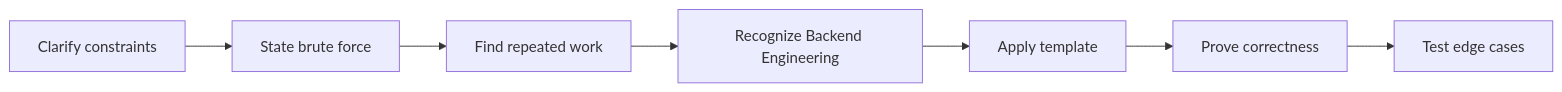
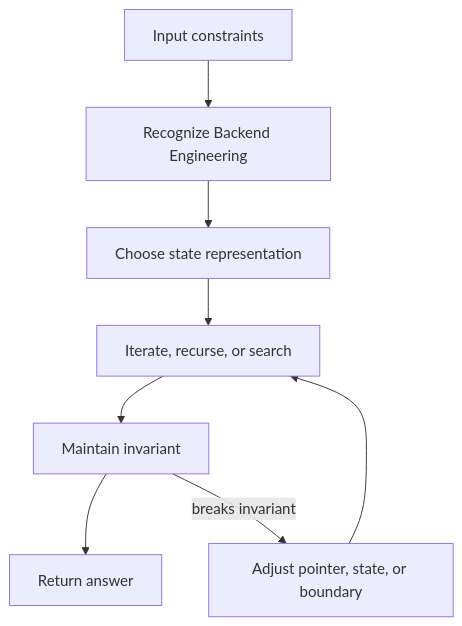
The second of 2 diagrams in coding-round/company-tracks/backend-engineering/index.md (abstractinterviews/abstractinterviews.github.io), drawn with Mermaid before and after one commit. The commit also changed other lines of this file and 278 other files, not shown here.

````diff
--- a/coding-round/company-tracks/backend-engineering/index.md
+++ b/coding-round/company-tracks/backend-engineering/index.md
@@ -123,9 +121,10 @@
-~~~mermaid
-flowchart LR
-    A["Clarify constraints"] --> B["State brute force"]
-    B --> C["Find repeated work"]
-    C --> D["Recognize Backend Engineering"]
-    D --> E["Apply template"]
-    E --> F["Prove correctness"]
-    F --> G["Test edge cases"]
-~~~
+```mermaid
+flowchart TD
+    Input["Input constraints"] --> Pattern["Recognize Backend Engineering"]
+    Pattern --> State["Choose state representation"]
+    State --> Iterate["Iterate, recurse, or search"]
+    Iterate --> Check["Maintain invariant"]
+    Check --> Result["Return answer"]
+    Check -->|breaks invariant| Fix["Adjust pointer, state, or boundary"]
+    Fix --> Iterate
+```
````
